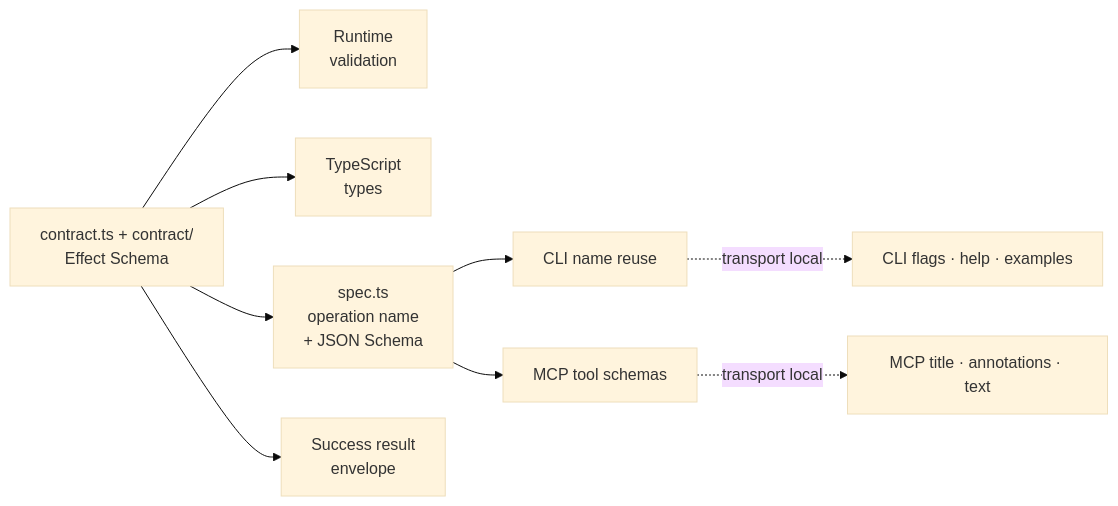
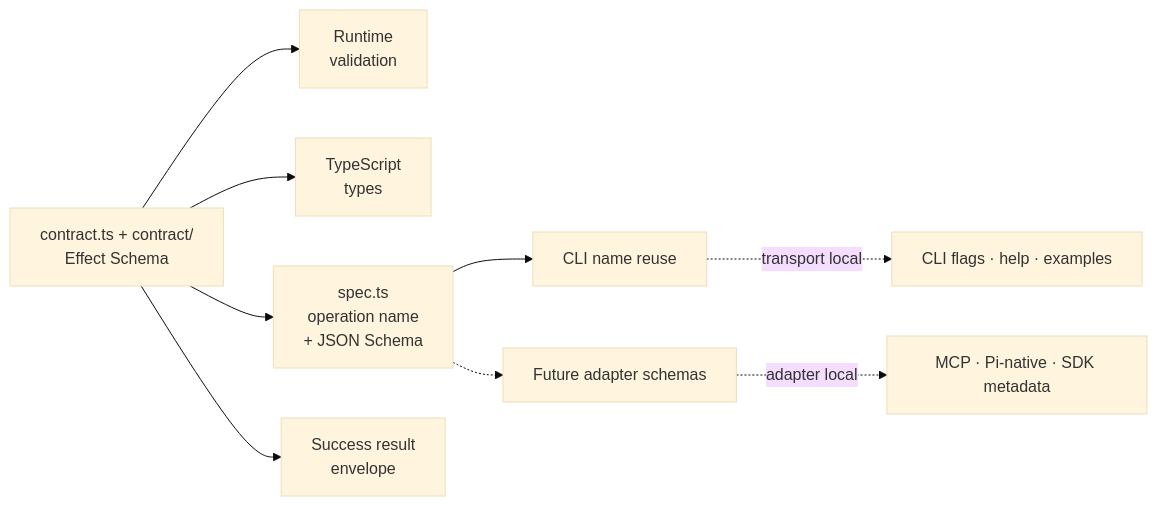
The third of 6 diagrams in src/ARCHITECTURE.md (cpaikr/darty), drawn with Mermaid (base theme) before and after one commit. The commit also changed other lines of this file and 29 other files, not shown here.

Commit message:
Archive active MCP adapter

````diff
--- a/src/ARCHITECTURE.md
+++ b/src/ARCHITECTURE.md
@@ -140,13 +139,13 @@
 ```mermaid
 graph LR
     CONTRACT["contract.ts + contract/\nEffect Schema"] --> VALIDATE["Runtime\nvalidation"]
     CONTRACT --> TS["TypeScript\ntypes"]
     CONTRACT --> SPEC["spec.ts\noperation name\n+ JSON Schema"]
 
     SPEC --> CLI_META["CLI name reuse"]
-    SPEC --> MCP_DEF["MCP tool schemas"]
+    SPEC -.-> FUTURE_META["Future adapter schemas"]
     CONTRACT --> RESULT["Success result\nenvelope"]
 
     CLI_META -. transport local .-> CLI_FLAGS["CLI flags · help · examples"]
-    MCP_DEF -. transport local .-> MCP_META["MCP title · annotations · text"]
+    FUTURE_META -. adapter local .-> FUTURE_UX["MCP · Pi-native · SDK metadata"]
 ```
````
